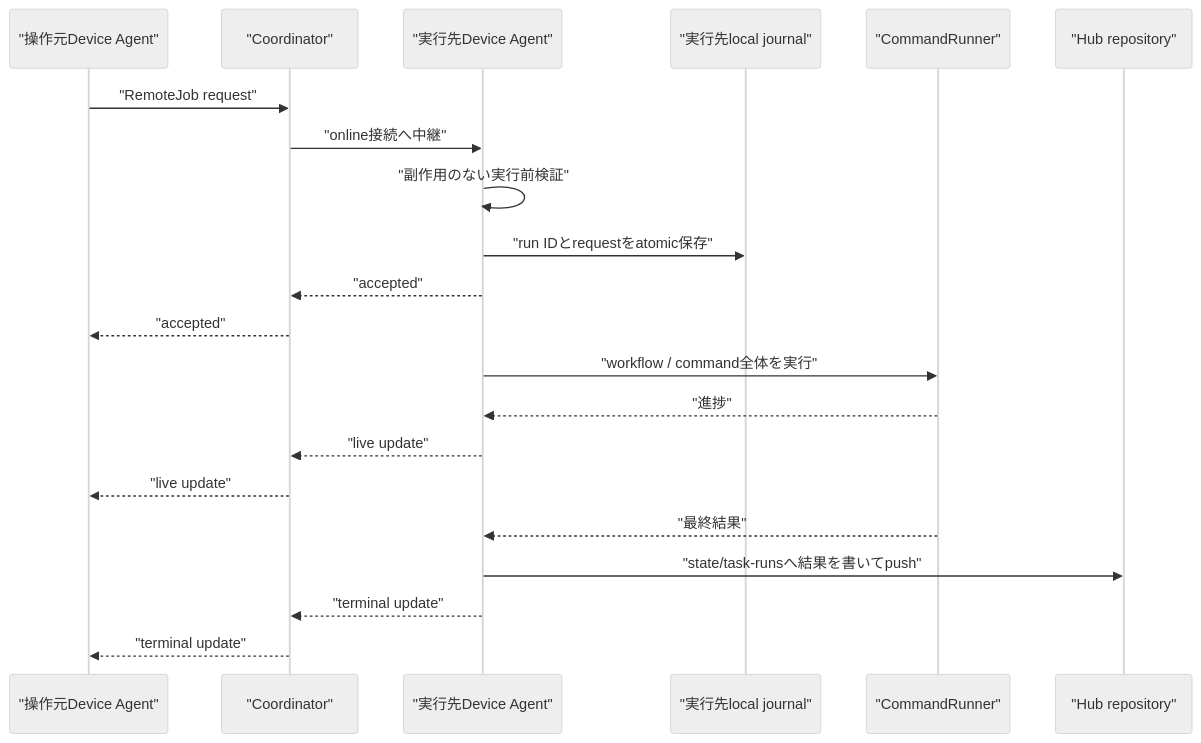
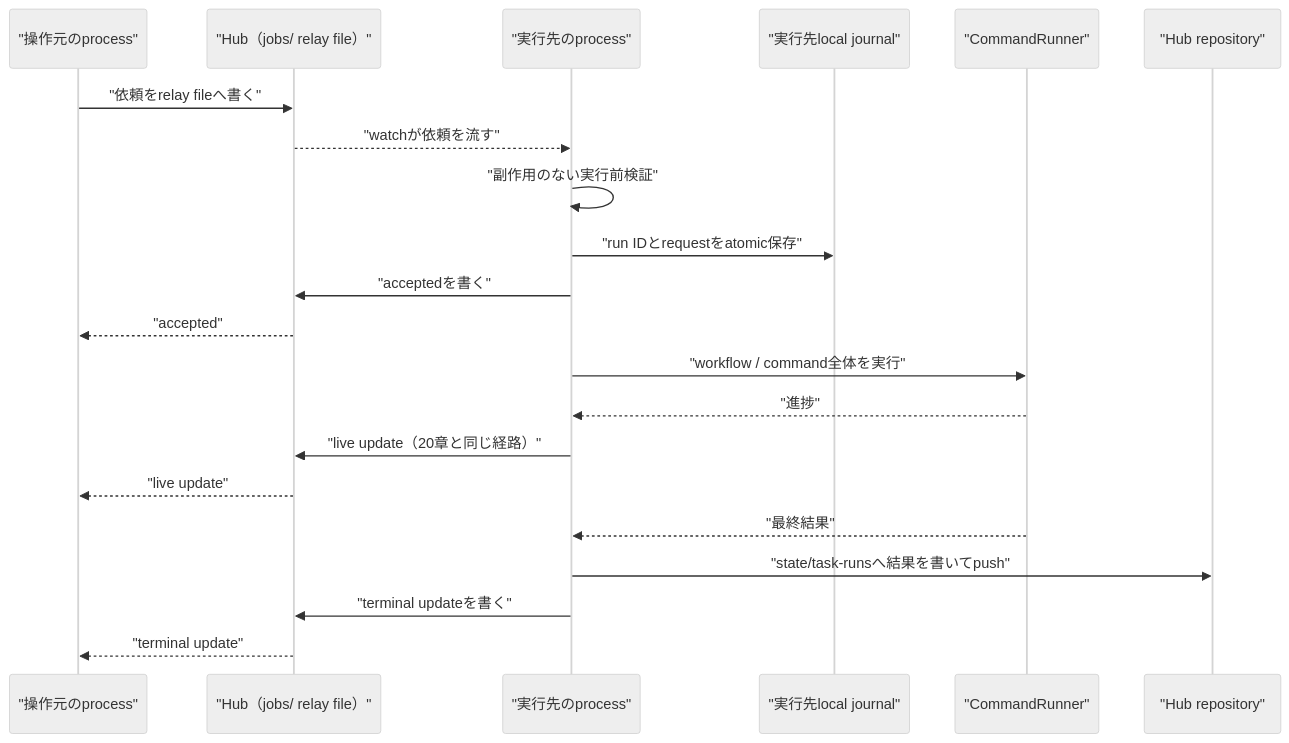
Before and after one commit to GuildBotics/GuildBotics: the eighth of 9 diagrams in docs/plans/workspace_sync_plan-v3.md, drawn with Mermaid (neutral theme). The commit also changed other lines of this file and 71 other files, not shown here.

First line of the commit message:
Hub relay と常駐なし同期を完成させる（#418）

````diff
--- a/docs/plans/workspace_sync_plan-v3.md
+++ b/docs/plans/workspace_sync_plan-v3.md
@@ -1990,24 +2046,24 @@
 ```mermaid
 sequenceDiagram
-    participant Origin as "操作元Device Agent"
-    participant Coordinator as "Coordinator"
-    participant Target as "実行先Device Agent"
+    participant Origin as "操作元のprocess"
+    participant Hub as "Hub（jobs/ relay file）"
+    participant Target as "実行先のprocess"
     participant Journal as "実行先local journal"
     participant Runner as "CommandRunner"
     participant Git as "Hub repository"
 
-    Origin->>Coordinator: "RemoteJob request"
-    Coordinator->>Target: "online接続へ中継"
+    Origin->>Hub: "依頼をrelay fileへ書く"
+    Hub-->>Target: "watchが依頼を流す"
     Target->>Target: "副作用のない実行前検証"
     Target->>Journal: "run IDとrequestをatomic保存"
-    Target-->>Coordinator: "accepted"
-    Coordinator-->>Origin: "accepted"
+    Target->>Hub: "acceptedを書く"
+    Hub-->>Origin: "accepted"
     Target->>Runner: "workflow / command全体を実行"
     Runner-->>Target: "進捗"
-    Target-->>Coordinator: "live update"
-    Coordinator-->>Origin: "live update"
+    Target->>Hub: "live update（20章と同じ経路）"
+    Hub-->>Origin: "live update"
     Runner-->>Target: "最終結果"
     Target->>Git: "state/task-runsへ結果を書いてpush"
-    Target-->>Coordinator: "terminal update"
-    Coordinator-->>Origin: "terminal update"
+    Target->>Hub: "terminal updateを書く"
+    Hub-->>Origin: "terminal update"
 ```
````
